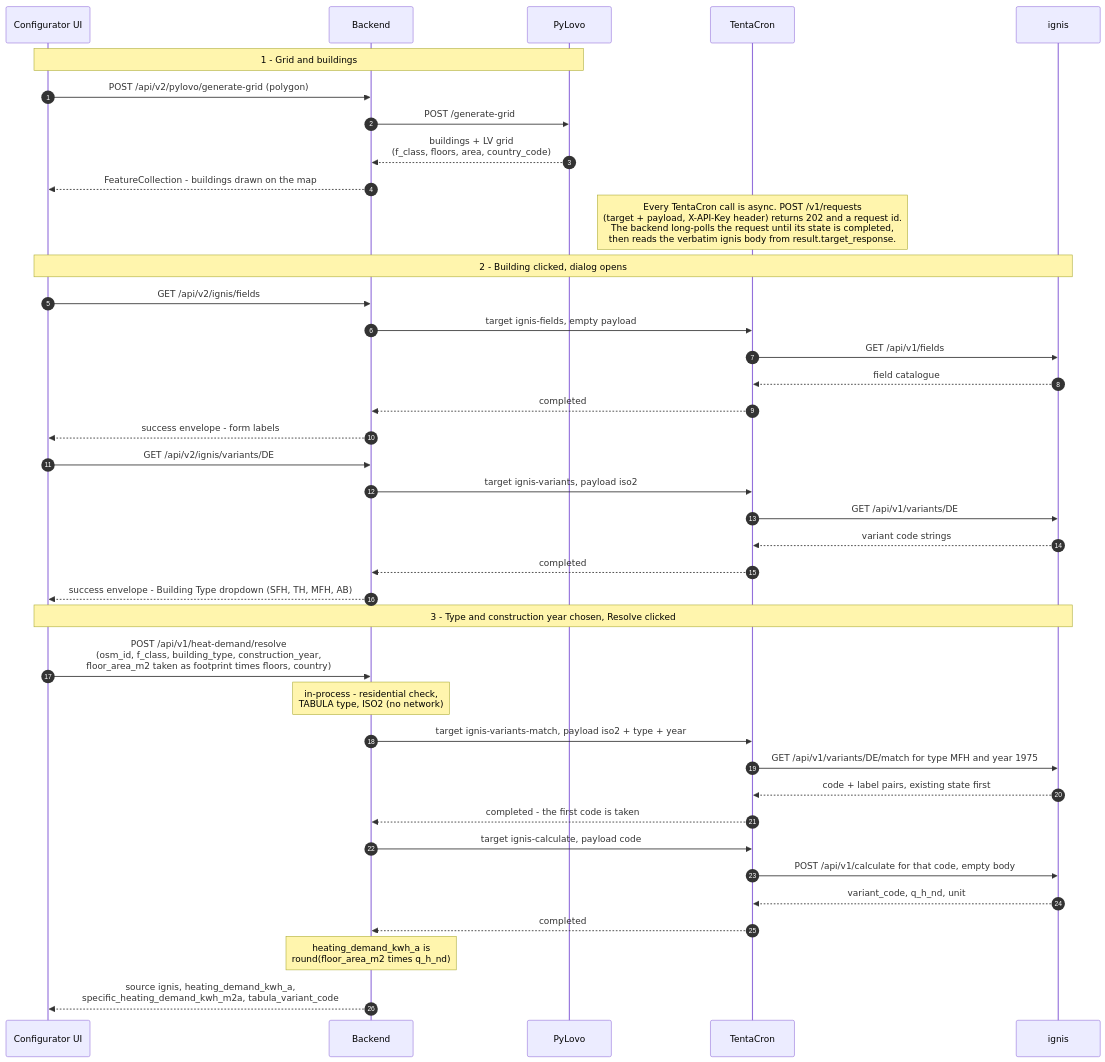
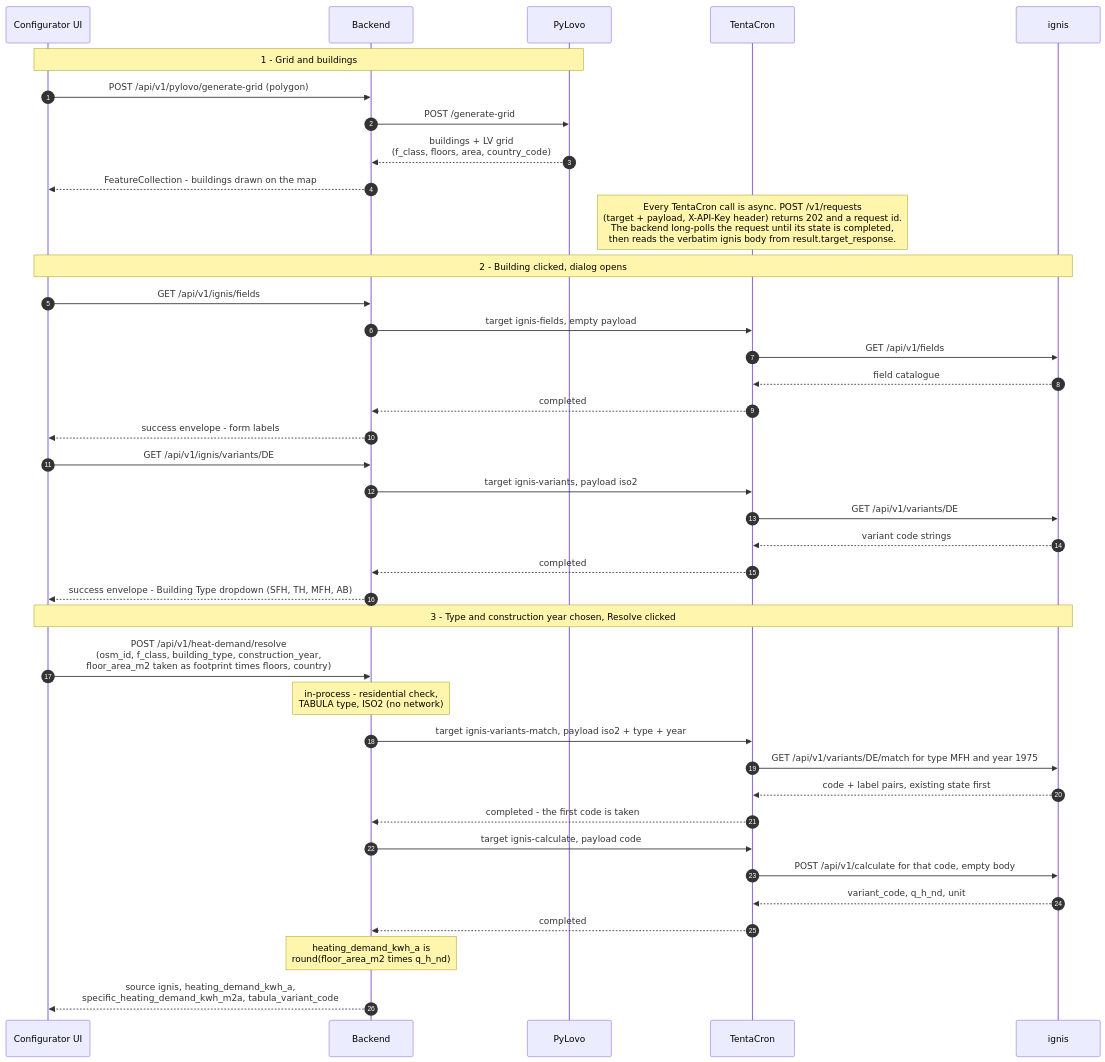
Before and after one commit to enerplanet/enerplanet: the diagram in docs/enerplanet/heat-demand-flow.md, drawn with Mermaid. The commit also changed 17 other files, not shown here.

First line of the commit message:
refactor(api): serve the pylovo and ignis routes under /api/v1 (#245)

````diff
--- a/docs/enerplanet/heat-demand-flow.md
+++ b/docs/enerplanet/heat-demand-flow.md
@@ -29,46 +29,46 @@
 ```mermaid
 sequenceDiagram
     autonumber
     participant U as Configurator UI
     participant BE as Backend
     participant PL as PyLovo
     participant TC as TentaCron
     participant IG as ignis
 
     note over U,PL: 1 - Grid and buildings
-    U->>BE: POST /api/v2/pylovo/generate-grid (polygon)
+    U->>BE: POST /api/v1/pylovo/generate-grid (polygon)
     BE->>PL: POST /generate-grid
     PL-->>BE: buildings + LV grid<br>(f_class, floors, area, country_code)
     BE-->>U: FeatureCollection - buildings drawn on the map
 
     note over TC: Every TentaCron call is async. POST /v1/requests<br>(target + payload, X-API-Key header) returns 202 and a request id.<br>The backend long-polls the request until its state is completed,<br>then reads the verbatim ignis body from result.target_response.
 
     note over U,IG: 2 - Building clicked, dialog opens
-    U->>BE: GET /api/v2/ignis/fields
+    U->>BE: GET /api/v1/ignis/fields
     BE->>TC: target ignis-fields, empty payload
     TC->>IG: GET /api/v1/fields
     IG-->>TC: field catalogue
     TC-->>BE: completed
     BE-->>U: success envelope - form labels
 
-    U->>BE: GET /api/v2/ignis/variants/DE
+    U->>BE: GET /api/v1/ignis/variants/DE
     BE->>TC: target ignis-variants, payload iso2
     TC->>IG: GET /api/v1/variants/DE
     IG-->>TC: variant code strings
     TC-->>BE: completed
     BE-->>U: success envelope - Building Type dropdown (SFH, TH, MFH, AB)
 
     note over U,IG: 3 - Type and construction year chosen, Resolve clicked
     U->>BE: POST /api/v1/heat-demand/resolve<br>(osm_id, f_class, building_type, construction_year,<br>floor_area_m2 taken as footprint times floors, country)
     note over BE: in-process - residential check,<br>TABULA type, ISO2 (no network)
     BE->>TC: target ignis-variants-match, payload iso2 + type + year
     TC->>IG: GET /api/v1/variants/DE/match for type MFH and year 1975
     IG-->>TC: code + label pairs, existing state first
     TC-->>BE: completed - the first code is taken
     BE->>TC: target ignis-calculate, payload code
     TC->>IG: POST /api/v1/calculate for that code, empty body
     IG-->>TC: variant_code, q_h_nd, unit
     TC-->>BE: completed
     note over BE: heating_demand_kwh_a is<br>round(floor_area_m2 times q_h_nd)
     BE-->>U: source ignis, heating_demand_kwh_a,<br>specific_heating_demand_kwh_m2a, tabula_variant_code
 ```
````
